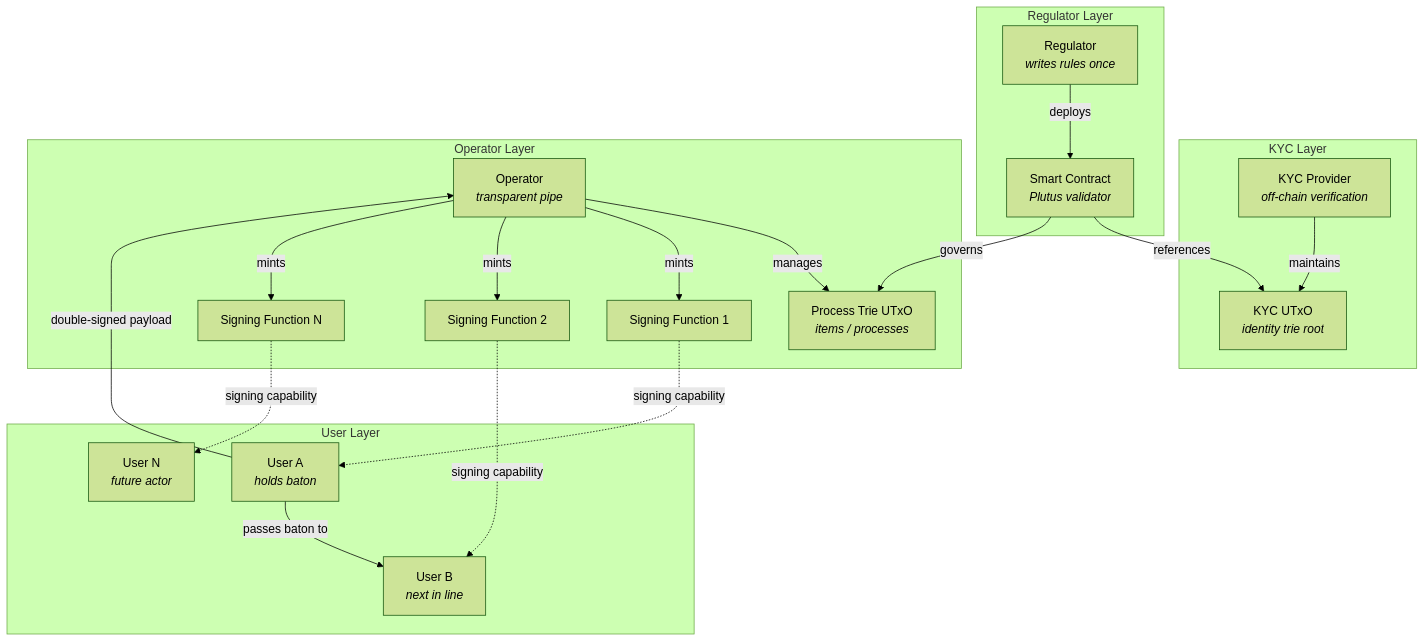
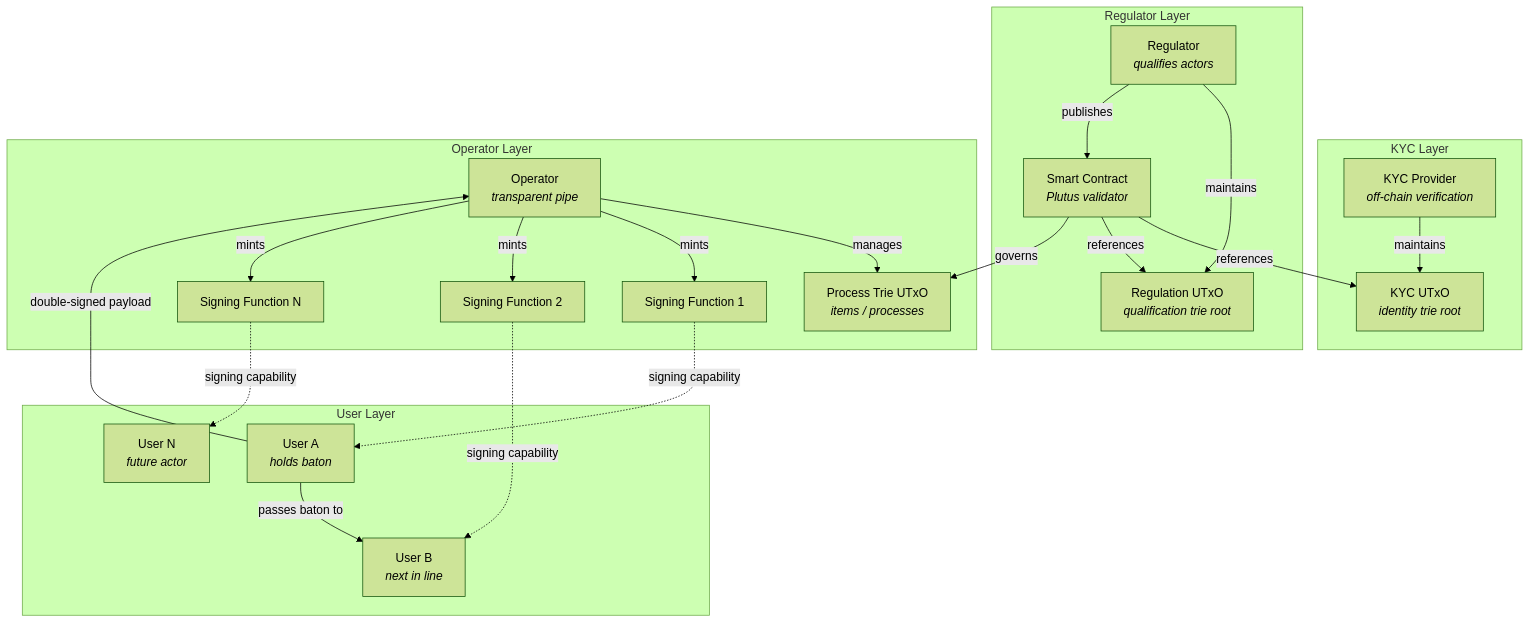
One commit to lambdasistemi/cardano-for-regulators changed diagram 19 of 19 in docs/framework/schema.md. Above: the diagram before and after it, drawn with Mermaid (forest theme). The commit also changed other lines of this file and 1 other file, not shown here.

Commit message:
add regulation trie, on-chain/off-chain verification split, institutional responsibility

````diff
--- a/docs/framework/schema.md
+++ b/docs/framework/schema.md
@@ -577,41 +706,44 @@
 ```mermaid
 graph TB
     subgraph KYC Layer
         KYC_P[KYC Provider<br/><i>off-chain verification</i>]
         KYC_UTxO[KYC UTxO<br/><i>identity trie root</i>]
         KYC_P -->|maintains| KYC_UTxO
     end
 
     subgraph Regulator Layer
-        REG[Regulator<br/><i>writes rules once</i>]
+        REG[Regulator<br/><i>qualifies actors</i>]
+        REG_UTxO[Regulation UTxO<br/><i>qualification trie root</i>]
         SC[Smart Contract<br/><i>Plutus validator</i>]
-        REG -->|deploys| SC
+        REG -->|maintains| REG_UTxO
+        REG -->|publishes| SC
         SC -->|references| KYC_UTxO
+        SC -->|references| REG_UTxO
     end
 
     subgraph Operator Layer
         OP[Operator<br/><i>transparent pipe</i>]
         TRIE[Process Trie UTxO<br/><i>items / processes</i>]
         SF1[Signing Function 1]
         SF2[Signing Function 2]
         SF3[Signing Function N]
         OP -->|manages| TRIE
         OP -->|mints| SF1
         OP -->|mints| SF2
         OP -->|mints| SF3
         SC -->|governs| TRIE
     end
 
     subgraph User Layer
         U1[User A<br/><i>holds baton</i>]
         U2[User B<br/><i>next in line</i>]
         U3[User N<br/><i>future actor</i>]
     end
 
     SF1 -.->|signing capability| U1
     SF2 -.->|signing capability| U2
     SF3 -.->|signing capability| U3
 
     U1 -->|double-signed payload| OP
     U1 -->|passes baton to| U2
 ```
````
